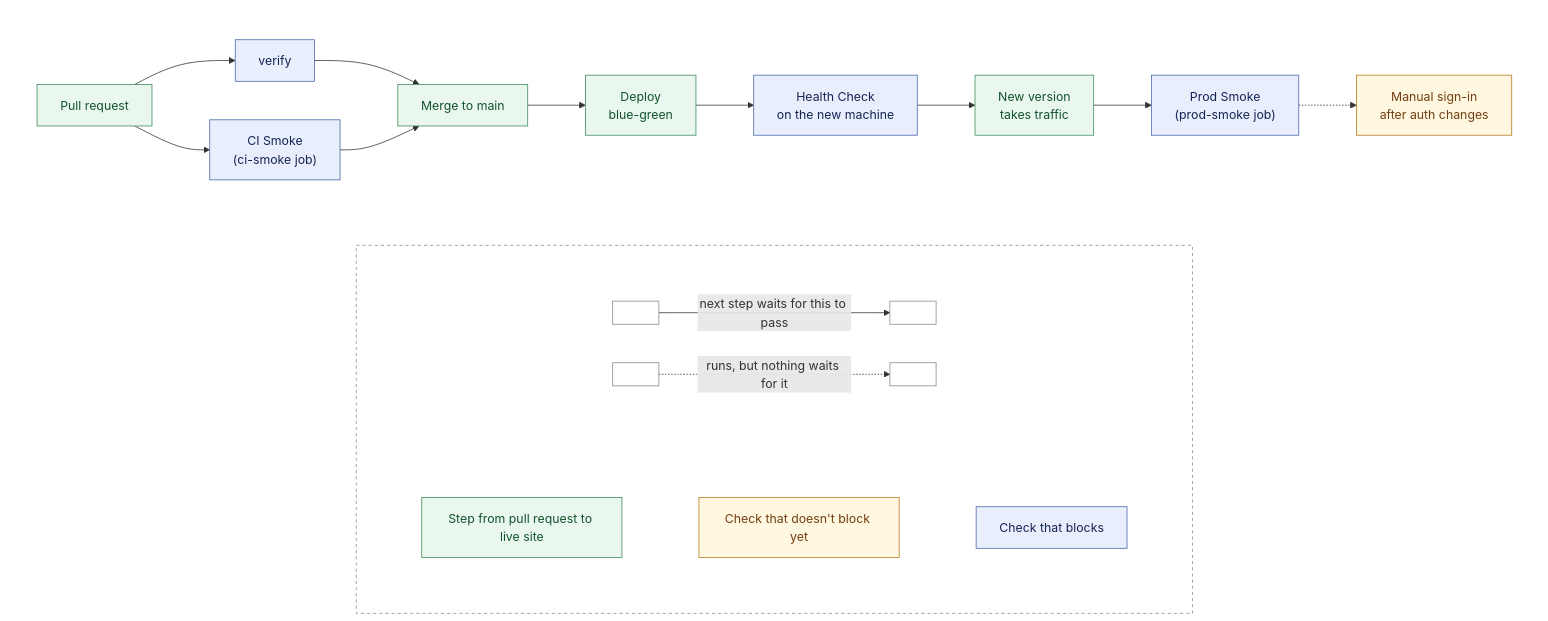
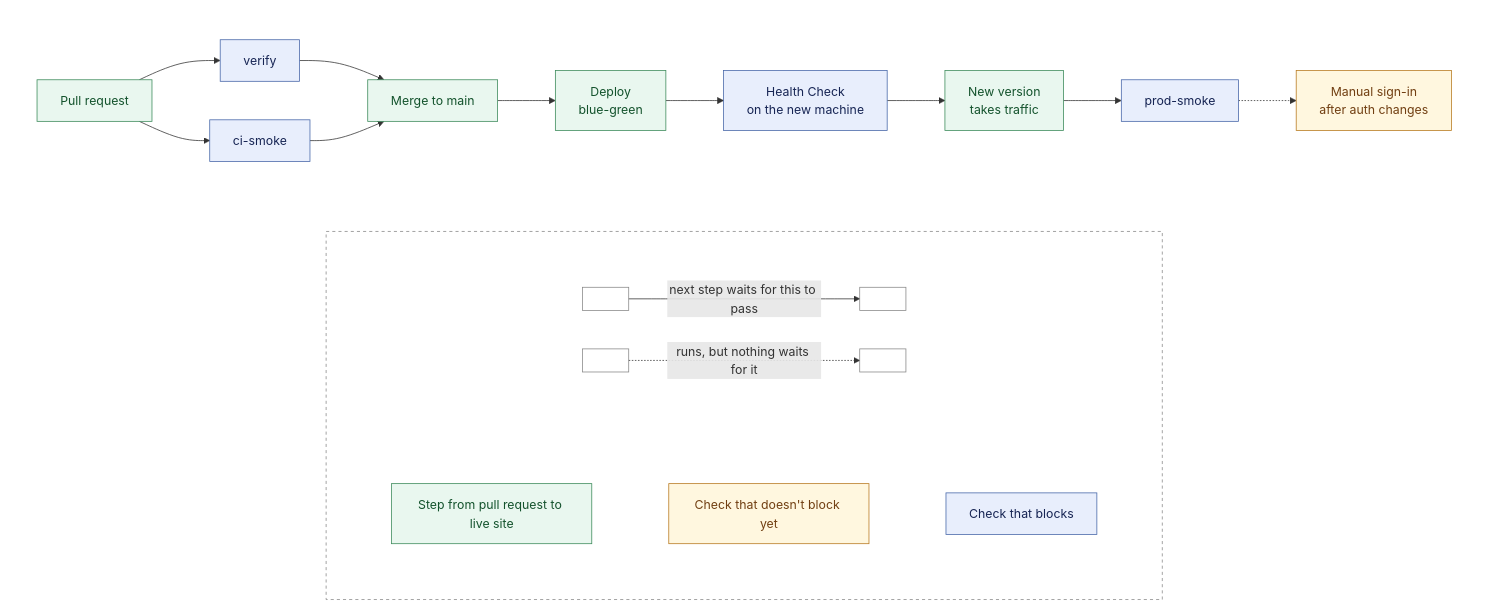
Before and after one commit to sumau/welltutored: the diagram in docs/pipeline.md, drawn with Mermaid.

Commit message:
Label the pipeline diagram's Smoke jobs by job name, like verify

````diff
--- a/docs/pipeline.md
+++ b/docs/pipeline.md
@@ -12,52 +12,52 @@
 ```mermaid
 flowchart TB
   %% From pull request to live site.
   subgraph pipeline[" "]
     direction LR
     pr["Pull request"] --> verify["verify"]
-    pr --> ciSmoke["CI Smoke<br/>(ci-smoke job)"]
+    pr --> ciSmoke["ci-smoke"]
     verify --> merge["Merge to main"]
     ciSmoke --> merge
     merge --> deploy["Deploy<br/>blue-green"]
     deploy --> health["Health Check<br/>on the new machine"]
     health --> live["New version<br/>takes traffic"]
-    live --> prodSmoke["Prod Smoke<br/>(prod-smoke job)"]
+    live --> prodSmoke["prod-smoke"]
     prodSmoke -.-> manual["Manual sign-in<br/>after auth changes"]
   end
 
   %% The legend. Links written ~~~ are invisible and only position things.
   subgraph legend[" "]
     direction TB
     subgraph legendArrows[" "]
       direction LR
       keyA[" "] -->|"next step waits for this to pass"| keyB[" "]
       keyC[" "] -.->|"runs, but nothing waits for it"| keyD[" "]
     end
 
     subgraph legendBoxes[" "]
       direction LR
       keyEvent["Step from pull request to live site"]
       keySoft["Check that doesn't block yet"]
       keyGate["Check that blocks"]
       keyEvent ~~~ keySoft ~~~ keyGate
     end
 
     legendArrows ~~~ legendBoxes
   end
 
   pipeline ~~~ legend
 
   classDef gate fill:#e8eefc,stroke:#4666a8,color:#172554
   classDef soft fill:#fff7df,stroke:#b7791f,color:#713f12
   classDef event fill:#e9f7ef,stroke:#3b8a5a,color:#14532d
   classDef blank fill:none,stroke:#888,color:#888
   class verify,ciSmoke,health,prodSmoke,keyGate gate
   class manual,keySoft soft
   class pr,merge,deploy,live,keyEvent event
   class keyA,keyB,keyC,keyD blank
 
   style pipeline fill:none,stroke:none
   style legend fill:none,stroke:#888,stroke-dasharray:4
   style legendArrows fill:none,stroke:none
   style legendBoxes fill:none,stroke:none
 ```
````
